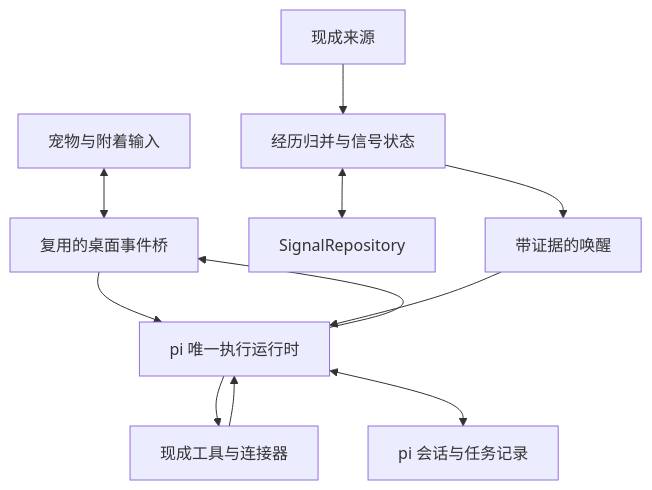
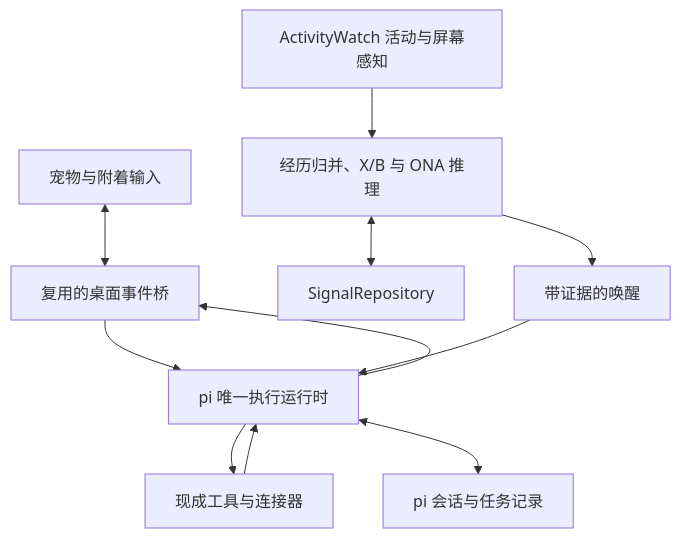
The diagram in 基于信号累积的轻量 Personal Agent 方案.md (huy555huy/Kairos), drawn with Mermaid before and after one commit. The commit also changed other lines of this file and 18 other files, not shown here.

````diff
--- a/基于信号累积的轻量 Personal Agent 方案.md
+++ b/基于信号累积的轻量 Personal Agent 方案.md
@@ -26,13 +36,13 @@
 ```mermaid
 flowchart TD
     P["宠物与附着输入"] <--> B["复用的桌面事件桥"]
     B --> R["pi 唯一执行运行时"]
     R --> T["现成工具与连接器"]
     T --> R
     R --> B
     R <--> M["pi 会话与任务记录"]
-    S["现成来源"] --> E["经历归并与信号状态"]
+    S["ActivityWatch 活动与屏幕感知"] --> E["经历归并、X/B 与 ONA 推理"]
     E <--> D["SignalRepository"]
     E --> W["带证据的唤醒"]
     W --> R
 ```
````
